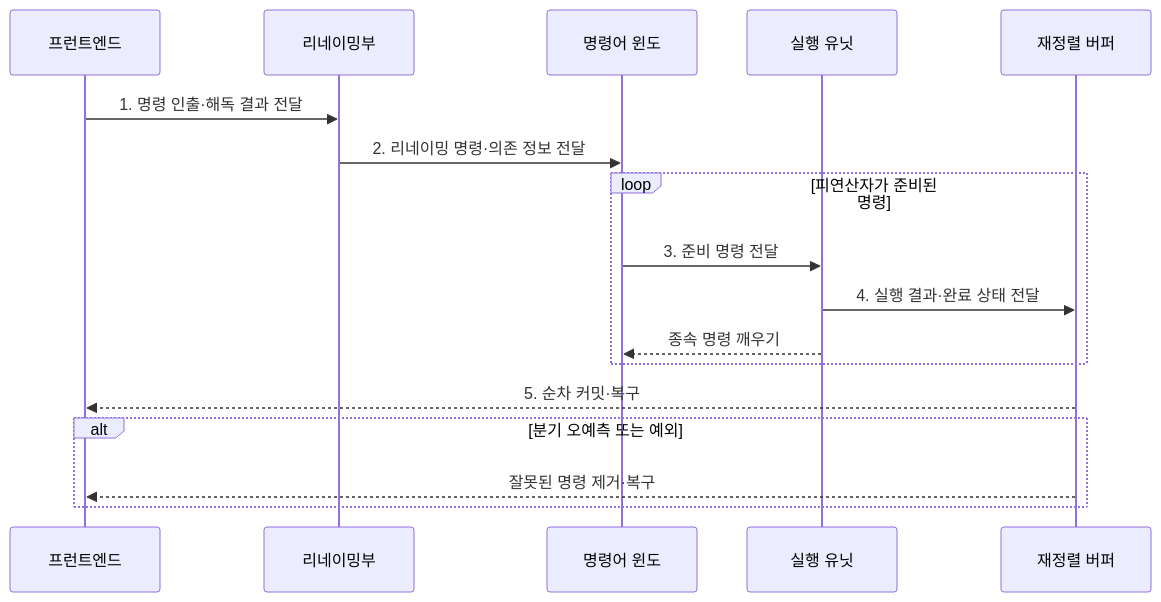
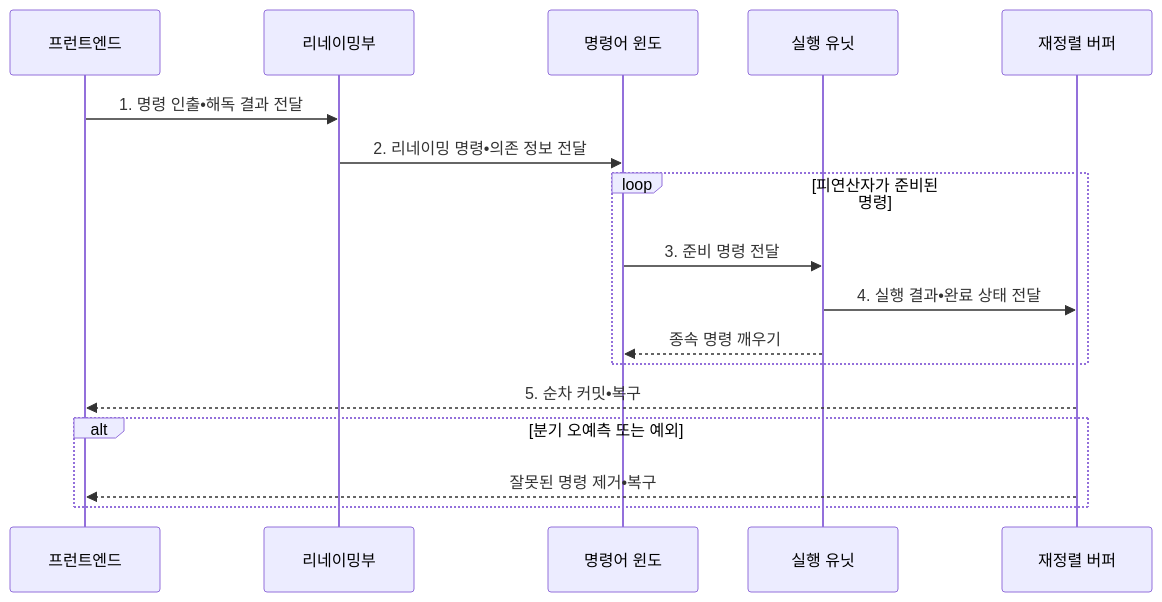
Before and after one commit to agnusdei1207/knowledge-base: the second of 2 diagrams in src/content/docs/notes/02-hardware/009_instruction_level_parallelism.md, drawn with Mermaid. The commit also changed other lines of this file and 953 other files, not shown here.

````diff
--- a/src/content/docs/notes/02-hardware/009_instruction_level_parallelism.md
+++ b/src/content/docs/notes/02-hardware/009_instruction_level_parallelism.md
@@ -101,20 +101,20 @@
 ```mermaid
 sequenceDiagram
     participant F as 프런트엔드
     participant N as 리네이밍부
     participant W as 명령어 윈도
     participant E as 실행 유닛
     participant R as 재정렬 버퍼
 
-    F->>N: 1. 명령 인출·해독 결과 전달
-    N->>W: 2. 리네이밍 명령·의존 정보 전달
+    F->>N: 1. 명령 인출•해독 결과 전달
+    N->>W: 2. 리네이밍 명령•의존 정보 전달
     loop 피연산자가 준비된 명령
         W->>E: 3. 준비 명령 전달
-        E->>R: 4. 실행 결과·완료 상태 전달
+        E->>R: 4. 실행 결과•완료 상태 전달
         E-->>W: 종속 명령 깨우기
     end
-    R-->>F: 5. 순차 커밋·복구
+    R-->>F: 5. 순차 커밋•복구
     alt 분기 오예측 또는 예외
-        R-->>F: 잘못된 명령 제거·복구
+        R-->>F: 잘못된 명령 제거•복구
     end
 ```
````
